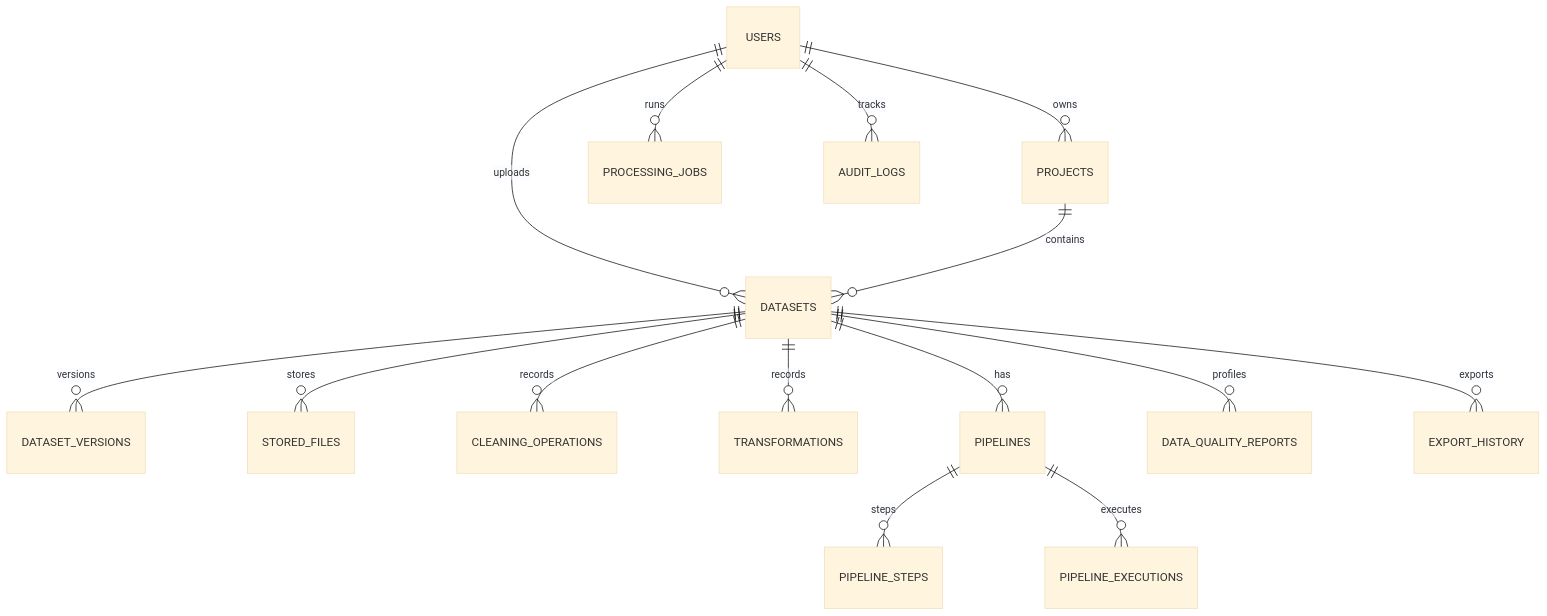
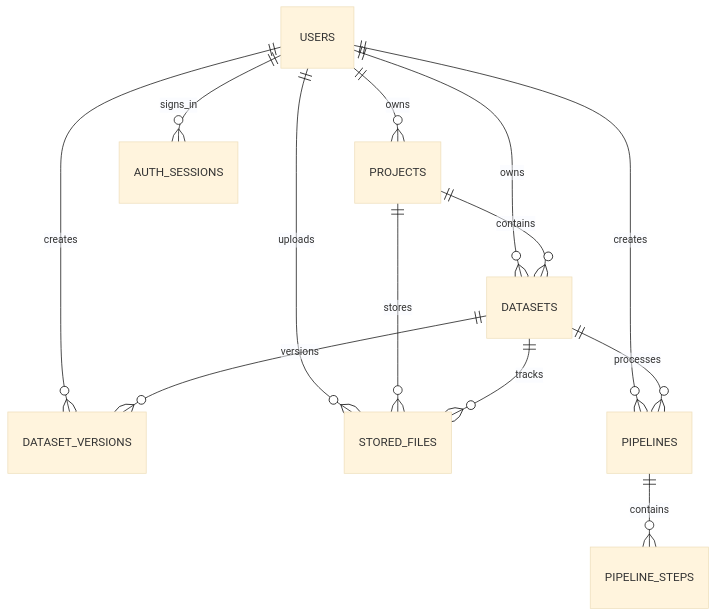
The second of 2 diagrams in README.md (TshikhovhokhovhoPhathutshedzo/MavuFlow-Data-Engineering), drawn with Mermaid (base theme) before and after one commit. The commit also changed other lines of this file, not shown here.

````diff
--- a/README.md
+++ b/README.md
@@ -34,17 +54,15 @@
 ```mermaid
 erDiagram
-    USERS ||--o{ PROJECTS : owns
-    USERS ||--o{ DATASETS : uploads
-    PROJECTS ||--o{ DATASETS : contains
-    DATASETS ||--o{ DATASET_VERSIONS : versions
-    DATASETS ||--o{ STORED_FILES : stores
-    DATASETS ||--o{ CLEANING_OPERATIONS : records
-    DATASETS ||--o{ TRANSFORMATIONS : records
-    DATASETS ||--o{ PIPELINES : has
-    PIPELINES ||--o{ PIPELINE_STEPS : steps
-    PIPELINES ||--o{ PIPELINE_EXECUTIONS : executes
-    USERS ||--o{ PROCESSING_JOBS : runs
-    DATASETS ||--o{ DATA_QUALITY_REPORTS : profiles
-    DATASETS ||--o{ EXPORT_HISTORY : exports
-    USERS ||--o{ AUDIT_LOGS : tracks
+        USERS ||--o{ PROJECTS : owns
+        USERS ||--o{ DATASETS : owns
+        USERS ||--o{ AUTH_SESSIONS : signs_in
+        USERS ||--o{ DATASET_VERSIONS : creates
+        USERS ||--o{ STORED_FILES : uploads
+        USERS ||--o{ PIPELINES : creates
+        PROJECTS ||--o{ DATASETS : contains
+        PROJECTS ||--o{ STORED_FILES : stores
+        DATASETS ||--o{ DATASET_VERSIONS : versions
+        DATASETS ||--o{ STORED_FILES : tracks
+        DATASETS ||--o{ PIPELINES : processes
+        PIPELINES ||--o{ PIPELINE_STEPS : contains
 ```
````
